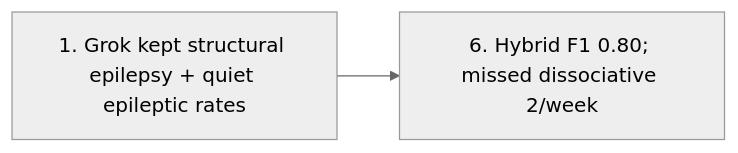
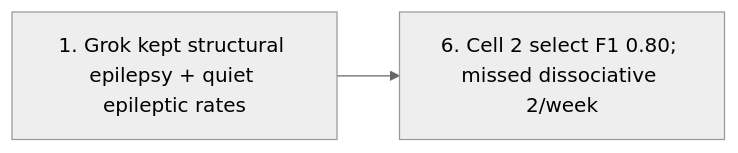
Before and after one commit to cbrown564-alt/clinical_extraction: the seventh of 8 diagrams in docs/research/paper/flagship_3_letter_suite_2026-08-11.md, drawn with Mermaid (neutral theme). The commit also changed other lines of this file and 26 other files, not shown here.

````diff
--- a/docs/research/paper/flagship_3_letter_suite_2026-08-11.md
+++ b/docs/research/paper/flagship_3_letter_suite_2026-08-11.md
@@ -224,4 +227,4 @@
 ```mermaid
 flowchart LR
-  E2_S1["1. Grok kept structural epilepsy + quiet epileptic rates"] --> E2_S6["6. Hybrid F1 0.80; missed dissociative 2/week"]
+  E2_S1["1. Grok kept structural epilepsy + quiet epileptic rates"] --> E2_S6["6. Cell 2 select F1 0.80; missed dissociative 2/week"]
 ```
````
